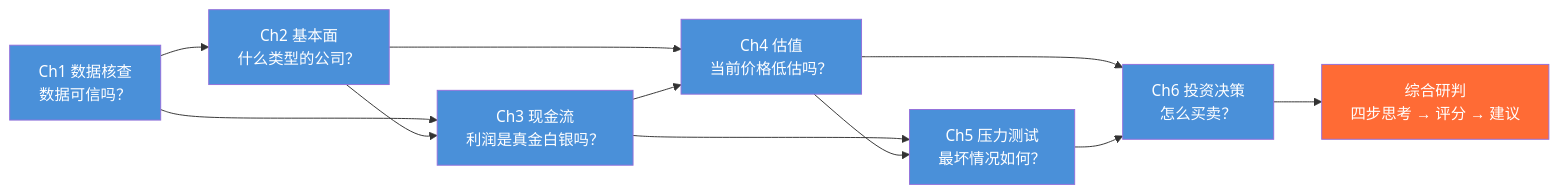
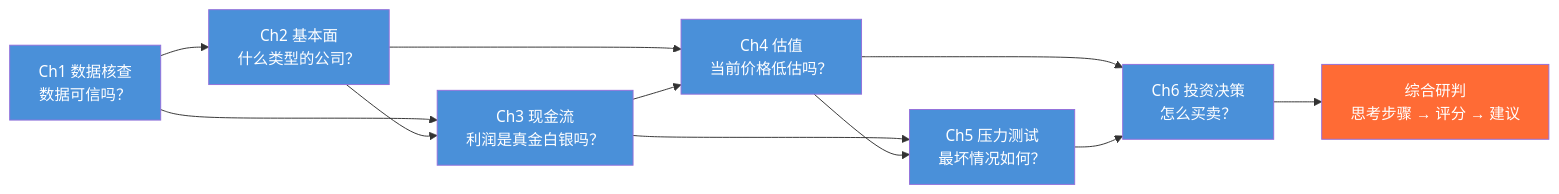
Before and after one commit to turtlequant/thesis-backtester: the diagram in README.md, drawn with Mermaid. The commit also changed other lines of this file, not shown here.

````diff
--- a/README.md
+++ b/README.md
@@ -73,25 +96,25 @@
 ```mermaid
 graph LR
     CH1[Ch1 数据核查<br/>数据可信吗？]
     CH2[Ch2 基本面<br/>什么类型的公司？]
     CH3[Ch3 现金流<br/>利润是真金白银吗？]
     CH4[Ch4 估值<br/>当前价格低估吗？]
     CH5[Ch5 压力测试<br/>最坏情况如何？]
     CH6[Ch6 投资决策<br/>怎么买卖？]
-    SYN[综合研判<br/>四步思考 → 评分 → 建议]
+    SYN[综合研判<br/>思考步骤 → 评分 → 建议]
 
     CH1 --> CH2 & CH3
     CH2 --> CH3 & CH4
     CH3 --> CH4 & CH5
     CH4 --> CH5 & CH6
     CH5 --> CH6
     CH6 --> SYN
 
     style SYN fill:#ff6b35,color:#fff
     style CH1 fill:#4a90d9,color:#fff
     style CH2 fill:#4a90d9,color:#fff
     style CH3 fill:#4a90d9,color:#fff
     style CH4 fill:#4a90d9,color:#fff
     style CH5 fill:#4a90d9,color:#fff
     style CH6 fill:#4a90d9,color:#fff
 ```
````
